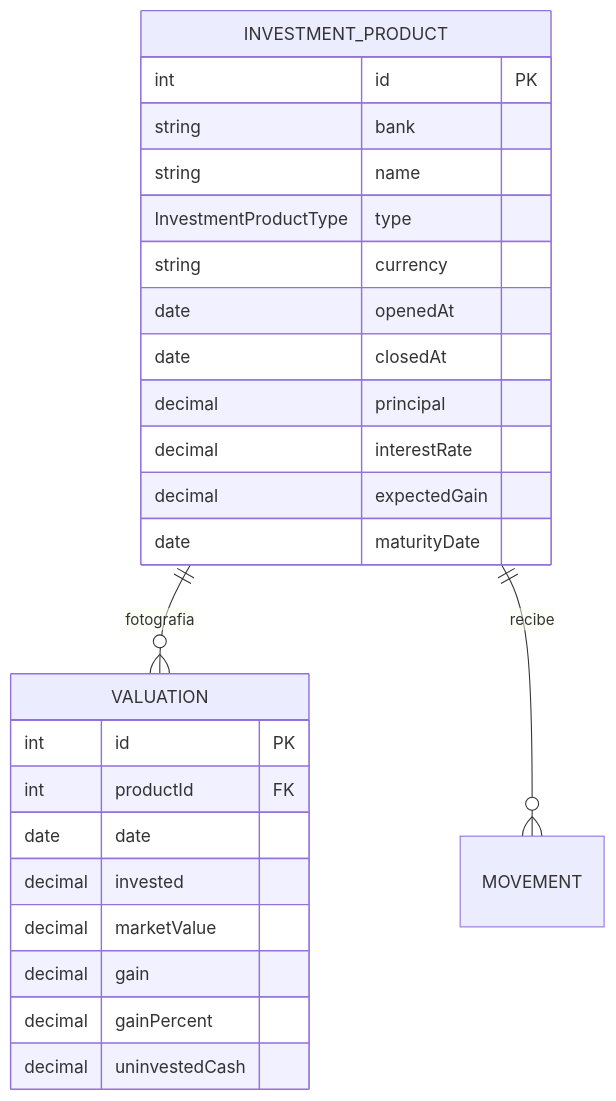
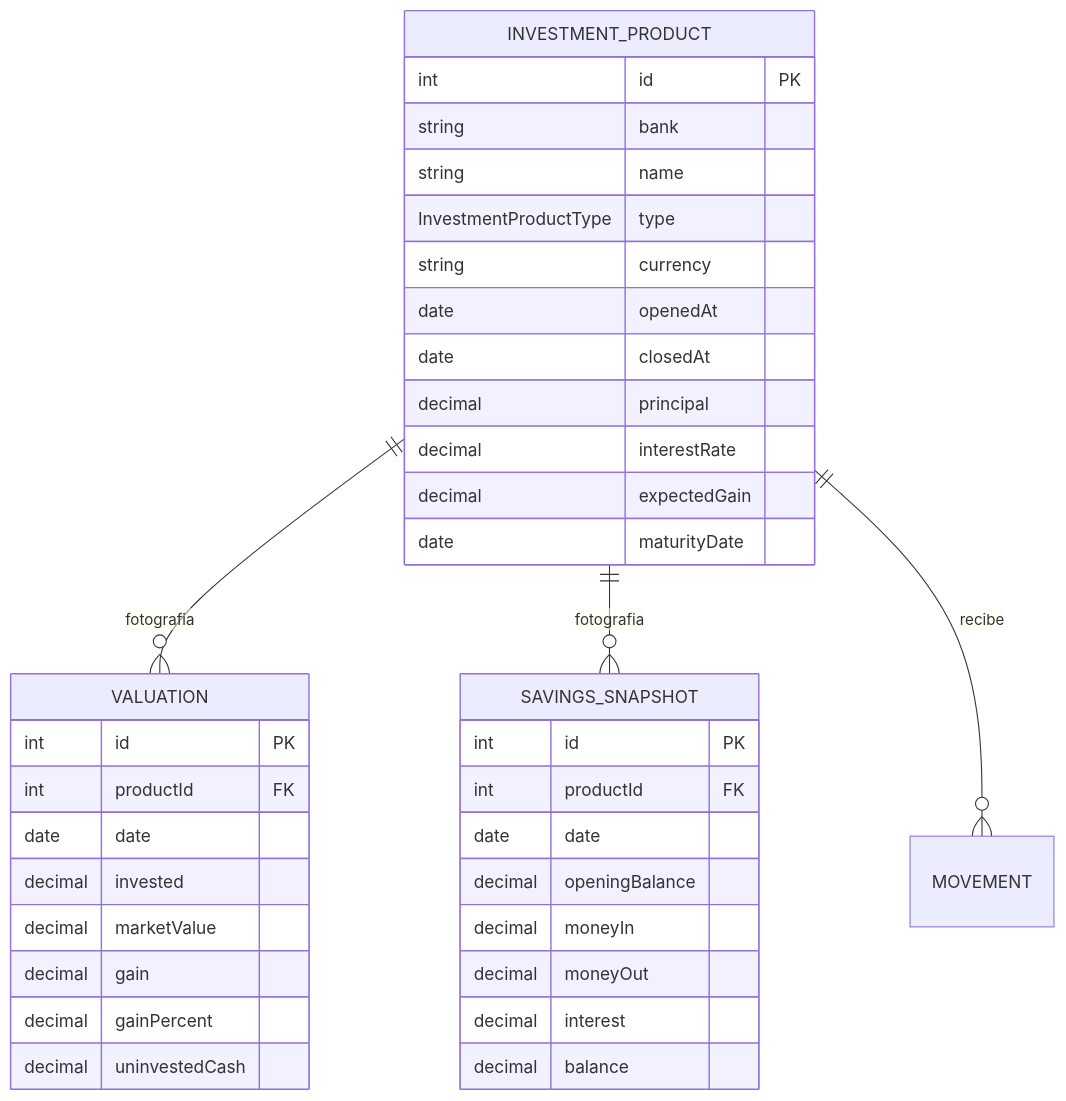
Before and after one commit to wanyos/control-gastos-backend: the second of 2 diagrams in docs/data-model.md, drawn with Mermaid. The commit also changed other lines of this file and 32 other files, not shown here.

````diff
--- a/docs/data-model.md
+++ b/docs/data-model.md
@@ -395,28 +424,39 @@
 ```mermaid
 erDiagram
     INVESTMENT_PRODUCT ||--o{ VALUATION : fotografia
+    INVESTMENT_PRODUCT ||--o{ SAVINGS_SNAPSHOT : fotografia
     INVESTMENT_PRODUCT ||--o{ MOVEMENT : recibe
     INVESTMENT_PRODUCT {
         int id PK
         string bank
         string name
         InvestmentProductType type
         string currency
         date openedAt
         date closedAt
         decimal principal
         decimal interestRate
         decimal expectedGain
         date maturityDate
     }
     VALUATION {
         int id PK
         int productId FK
         date date
         decimal invested
         decimal marketValue
         decimal gain
         decimal gainPercent
         decimal uninvestedCash
     }
+    SAVINGS_SNAPSHOT {
+        int id PK
+        int productId FK
+        date date
+        decimal openingBalance
+        decimal moneyIn
+        decimal moneyOut
+        decimal interest
+        decimal balance
+    }
 ```
````
